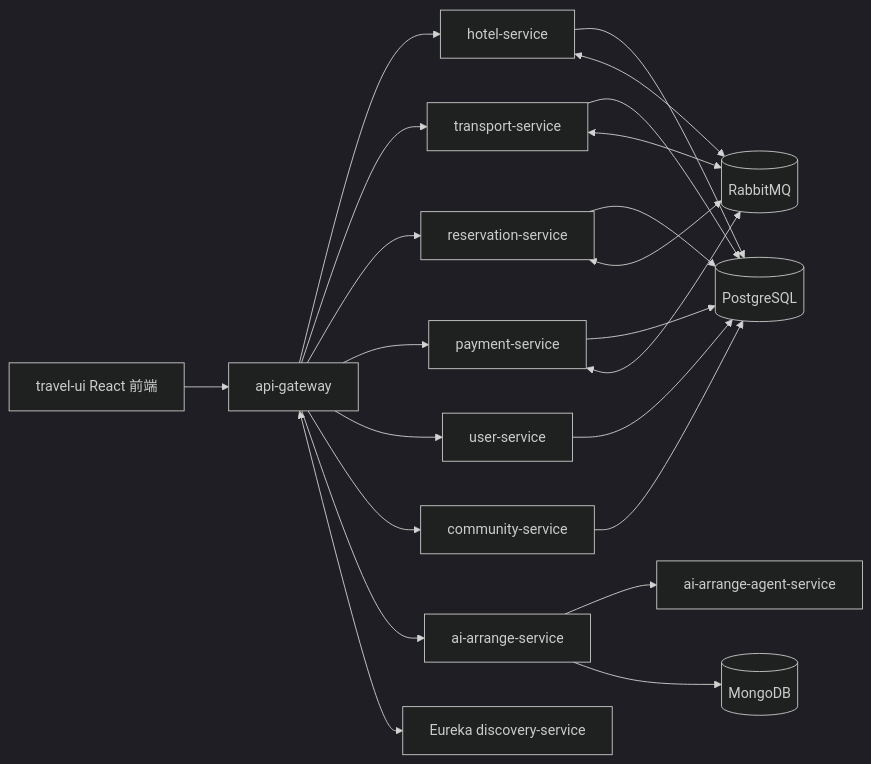
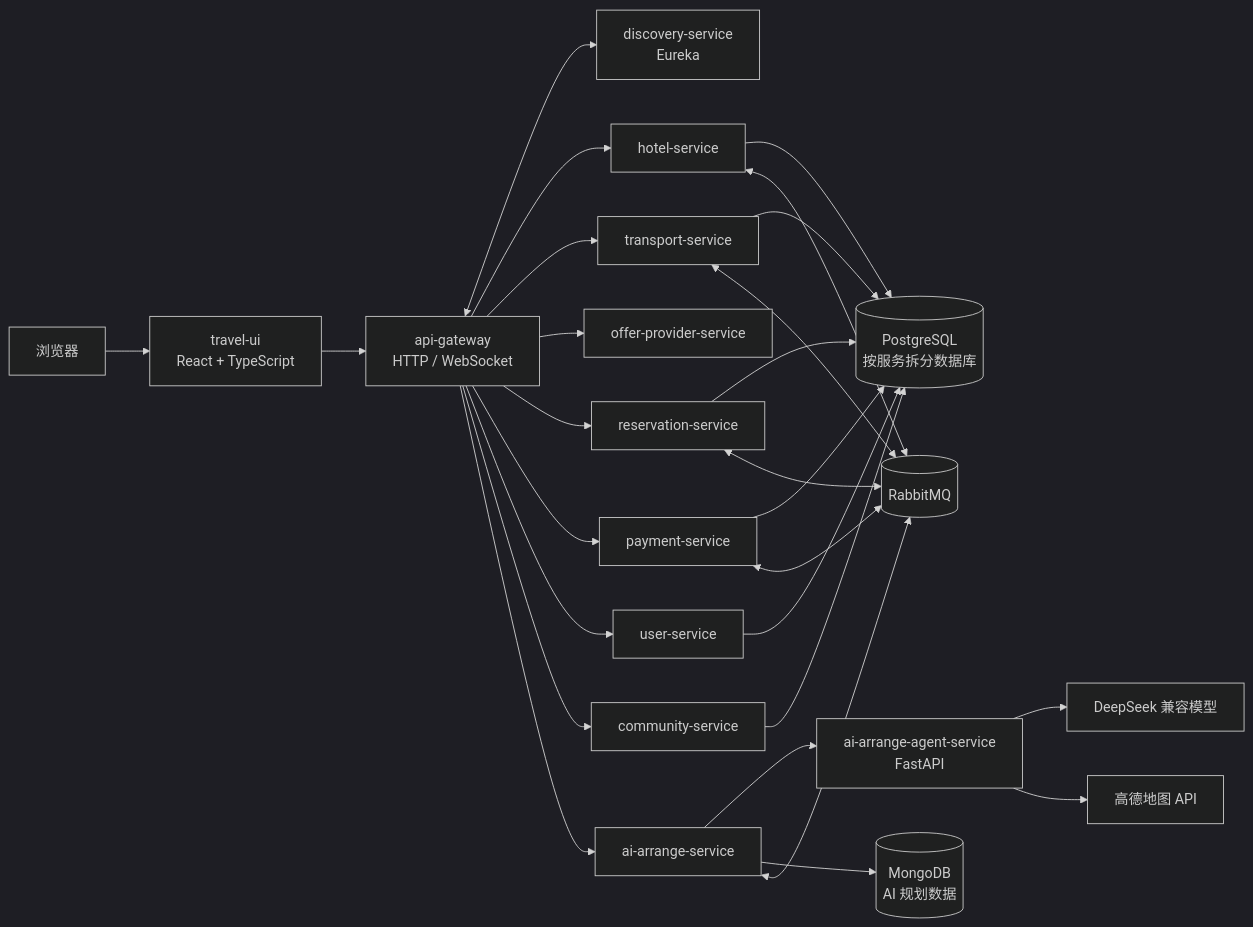
The first of 9 diagrams in docs/概要设计.md (QzlabQ/TravelOn), drawn with Mermaid (dark theme) before and after one commit. The commit also changed other lines of this file, not shown here.

````diff
--- a/docs/概要设计.md
+++ b/docs/概要设计.md
@@ -11,39 +200,50 @@
 ```mermaid
 flowchart LR
-    UI[travel-ui React 前端]
-    GW[api-gateway]
-    EU[Eureka discovery-service]
-    PG[(PostgreSQL)]
-    MO[(MongoDB)]
-    MQ[(RabbitMQ)]
-    HO[hotel-service]
-    TR[transport-service]
-    RE[reservation-service]
-    PA[payment-service]
-    US[user-service]
-    CO[community-service]
-    AI[ai-arrange-service]
-    AG[ai-arrange-agent-service]
+    Browser["浏览器"]
+    UI["travel-ui<br/>React + TypeScript"]
+    Gateway["api-gateway<br/>HTTP / WebSocket"]
+    Discovery["discovery-service<br/>Eureka"]
+    Hotel["hotel-service"]
+    Transport["transport-service"]
+    Offer["offer-provider-service"]
+    Reservation["reservation-service"]
+    Payment["payment-service"]
+    User["user-service"]
+    Community["community-service"]
+    AiArrange["ai-arrange-service"]
+    Agent["ai-arrange-agent-service<br/>FastAPI"]
+    Postgres[("PostgreSQL<br/>按服务拆分数据库")]
+    Mongo[("MongoDB<br/>AI 规划数据")]
+    Rabbit[("RabbitMQ")]
+    Model["DeepSeek 兼容模型"]
+    Amap["高德地图 API"]
 
-    UI --> GW
-    GW --> HO
-    GW --> TR
-    GW --> RE
-    GW --> PA
-    GW --> US
-    GW --> CO
-    GW --> AI
-    AI --> AG
-    HO --> PG
-    TR --> PG
-    RE --> PG
-    PA --> PG
-    US --> PG
-    CO --> PG
-    AI --> MO
-    HO <--> MQ
-    TR <--> MQ
-    RE <--> MQ
-    PA <--> MQ
-    GW <--> EU
+    Browser --> UI
+    UI --> Gateway
+    Gateway <--> Discovery
+    Gateway --> Hotel
+    Gateway --> Transport
+    Gateway --> Offer
+    Gateway --> Reservation
+    Gateway --> Payment
+    Gateway --> User
+    Gateway --> Community
+    Gateway --> AiArrange
+    AiArrange --> Agent
+    Agent --> Model
+    Agent --> Amap
+
+    Hotel --> Postgres
+    Transport --> Postgres
+    Reservation --> Postgres
+    Payment --> Postgres
+    User --> Postgres
+    Community --> Postgres
+    AiArrange --> Mongo
+
+    Hotel <--> Rabbit
+    Transport <--> Rabbit
+    Reservation <--> Rabbit
+    Payment <--> Rabbit
+    AiArrange <--> Rabbit
 ```
````
